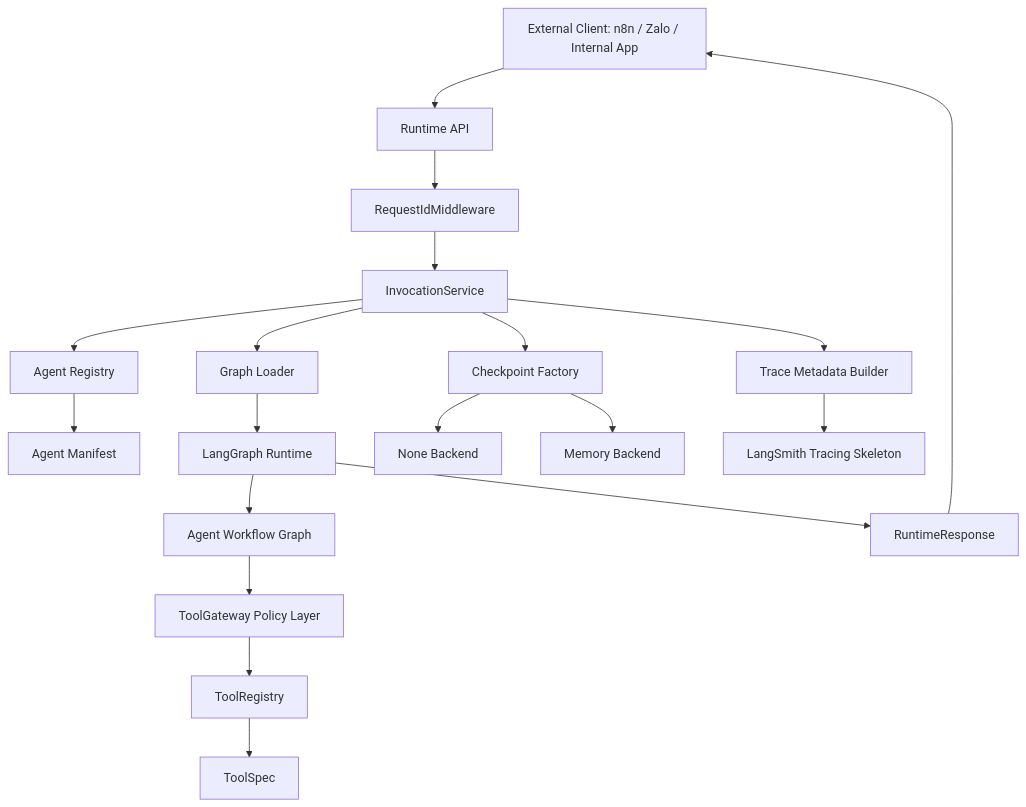
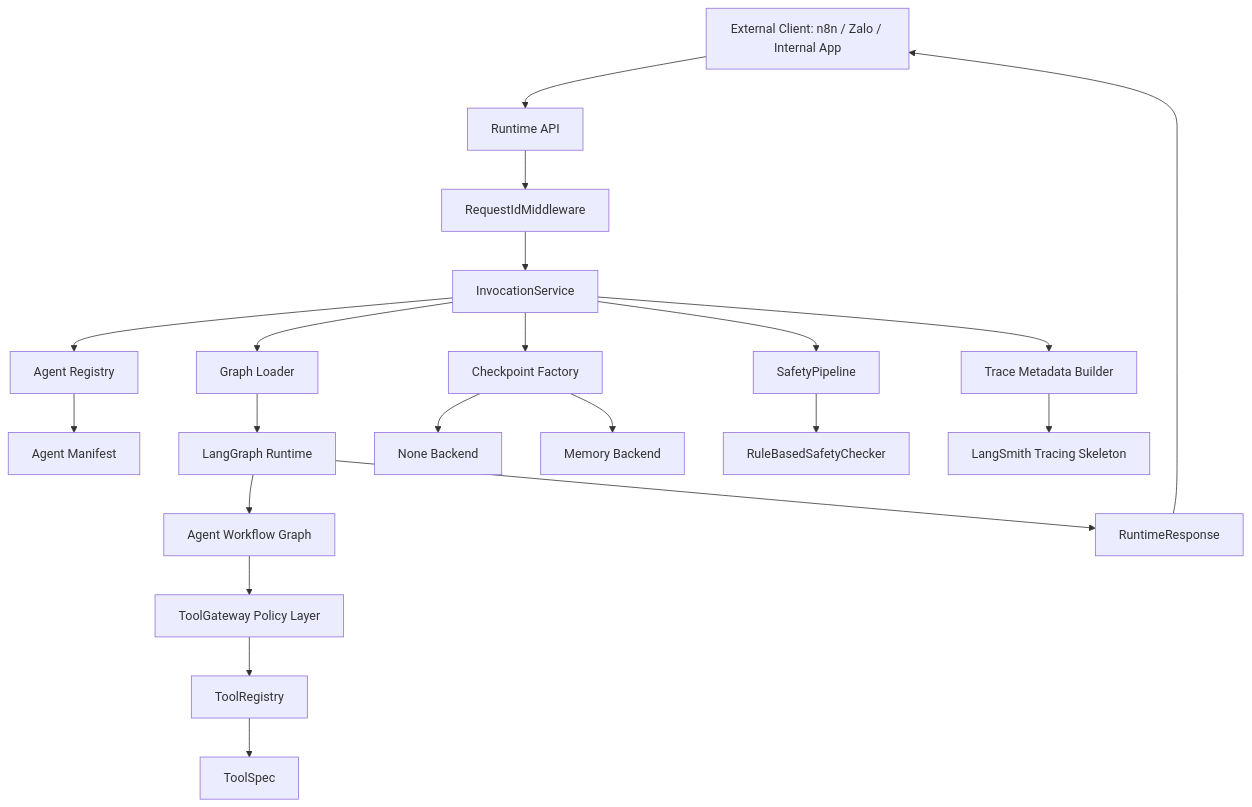
The first of 2 diagrams in README.md (Tenaity/ai-agent-platform), drawn with Mermaid before and after one commit. The commit also changed other lines of this file and 14 other files, not shown here.

Commit message:
Introduce a domain-neutral safety pipeline skeleton before adding real LLM calls, RAG, memory, or production tool integrations.

````diff
--- a/README.md
+++ b/README.md
@@ -33,29 +36,32 @@
 ```mermaid
 flowchart TD
     Client["External Client: n8n / Zalo / Internal App"] --> API["Runtime API"]
 
     API --> Middleware["RequestIdMiddleware"]
     Middleware --> Invoke["InvocationService"]
 
     Invoke --> Registry["Agent Registry"]
     Registry --> Manifest["Agent Manifest"]
 
     Invoke --> GraphLoader["Graph Loader"]
     GraphLoader --> Runtime["LangGraph Runtime"]
 
     Invoke --> Checkpoint["Checkpoint Factory"]
     Checkpoint --> NoneBackend["None Backend"]
     Checkpoint --> MemoryBackend["Memory Backend"]
 
+    Invoke --> Safety["SafetyPipeline"]
+    Safety --> SafetyChecker["RuleBasedSafetyChecker"]
+
     Runtime --> AgentGraph["Agent Workflow Graph"]
 
     AgentGraph --> ToolGateway["ToolGateway Policy Layer"]
     ToolGateway --> ToolRegistry["ToolRegistry"]
     ToolRegistry --> ToolSpec["ToolSpec"]
 
     Invoke --> TraceMeta["Trace Metadata Builder"]
     TraceMeta --> LangSmith["LangSmith Tracing Skeleton"]
 
     Runtime --> Response["RuntimeResponse"]
     Response --> Client
 ```
````
